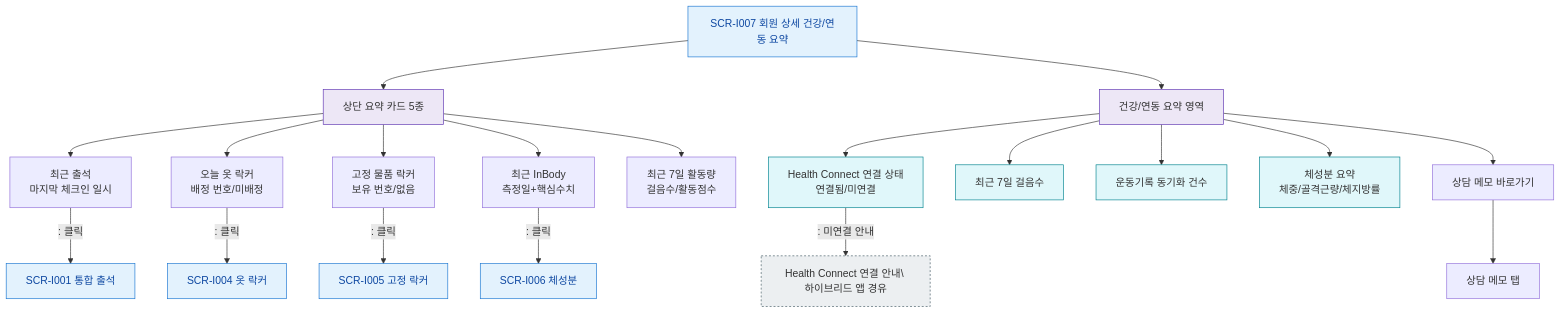
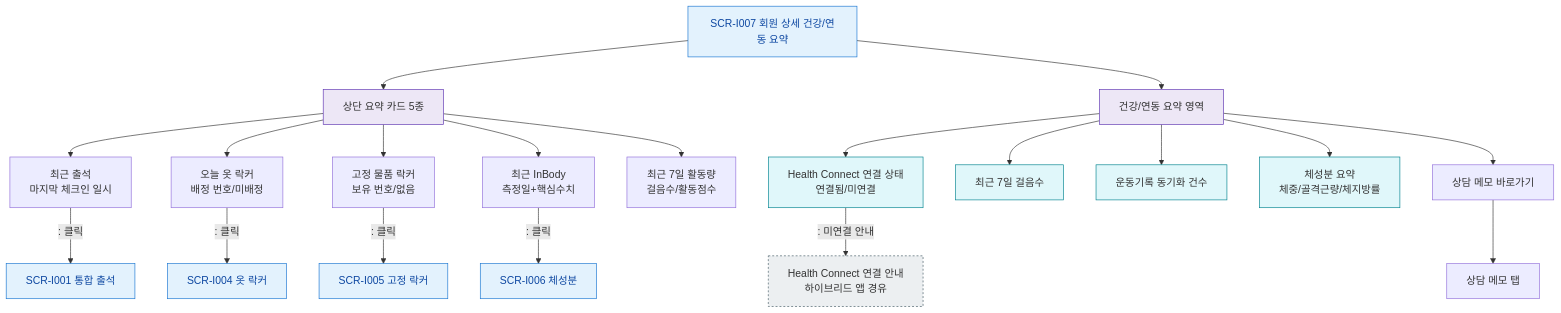
The diagram in docs/admin/다이어그램/D11_통합운영/SCR-I007_회원건강연동요약/F2_메인.md (dev-spogym/admin-pando), drawn with Mermaid before and after one commit. The commit also changed 369 other files, not shown here.

````diff
--- a/docs/admin/다이어그램/D11_통합운영/SCR-I007_회원건강연동요약/F2_메인.md
+++ b/docs/admin/다이어그램/D11_통합운영/SCR-I007_회원건강연동요약/F2_메인.md
@@ -17,33 +17,33 @@
 ```mermaid
 flowchart TD
     SCR_I007[SCR-I007 회원 상세 건강/연동 요약] --> CARDS[상단 요약 카드 5종]
 
     CARDS --> CARD_ATT[최근 출석\n마지막 체크인 일시]
     CARDS --> CARD_LOCKER[오늘 옷 락커\n배정 번호/미배정]
     CARDS --> CARD_FIXED[고정 물품 락커\n보유 번호/없음]
     CARDS --> CARD_INBODY[최근 InBody\n측정일+핵심수치]
     CARDS --> CARD_ACTIVITY[최근 7일 활동량\n걸음수/활동점수]
 
     SCR_I007 --> SECTION_HEALTH[건강/연동 요약 영역]
     SECTION_HEALTH --> HC_STATUS[Health Connect 연결 상태\n연결됨/미연결]
     SECTION_HEALTH --> STEPS_7D[최근 7일 걸음수]
     SECTION_HEALTH --> SYNC_COUNT[운동기록 동기화 건수]
     SECTION_HEALTH --> INBODY_SUMMARY[체성분 요약\n체중/골격근량/체지방률]
     SECTION_HEALTH --> MEMO_LINK[상담 메모 바로가기]
 
     CARD_ATT -->|": 클릭"|SCR_I001[SCR-I001 통합 출석]
     CARD_LOCKER -->|": 클릭"|SCR_I004[SCR-I004 옷 락커]
     CARD_FIXED -->|": 클릭"|SCR_I005[SCR-I005 고정 락커]
     CARD_INBODY -->|": 클릭"|SCR_I006[SCR-I006 체성분]
-    HC_STATUS -->|": 미연결 안내"|HC_GUIDE[Health Connect 연결 안내\ 하이브리드 앱 경유]
+    HC_STATUS -->|": 미연결 안내"|HC_GUIDE[Health Connect 연결 안내<br/> 하이브리드 앱 경유]
     MEMO_LINK --> MEMO_TAB[상담 메모 탭]
 
     classDef screen fill:#E3F2FD,stroke:#1976D2,color:#0D47A1
     classDef external fill:#ECEFF1,stroke:#455A64,stroke-dasharray:3 3
     classDef system fill:#EDE7F6,stroke:#5E35B2
     classDef info fill:#E0F7FA,stroke:#00838F
     class SCR_I007,SCR_I001,SCR_I004,SCR_I005,SCR_I006 screen
     class HC_GUIDE external
     class CARDS,SECTION_HEALTH system
     class HC_STATUS,STEPS_7D,SYNC_COUNT,INBODY_SUMMARY info
 ```
````
